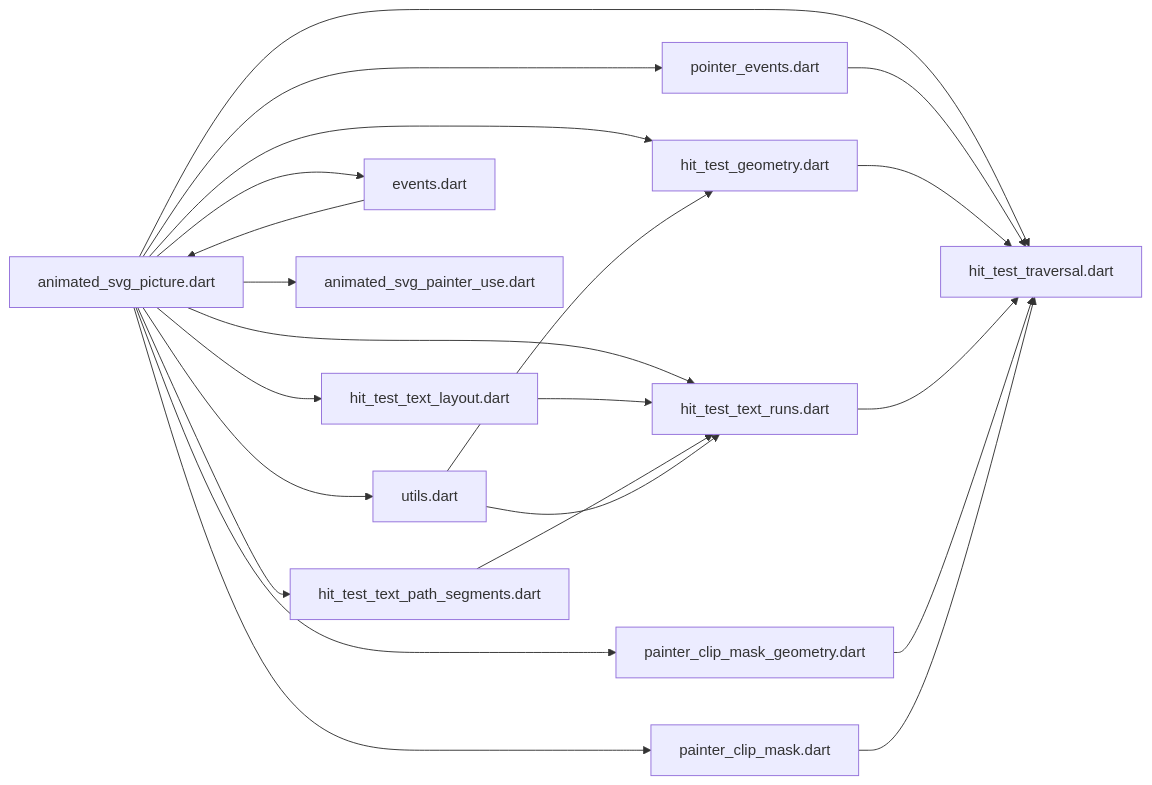
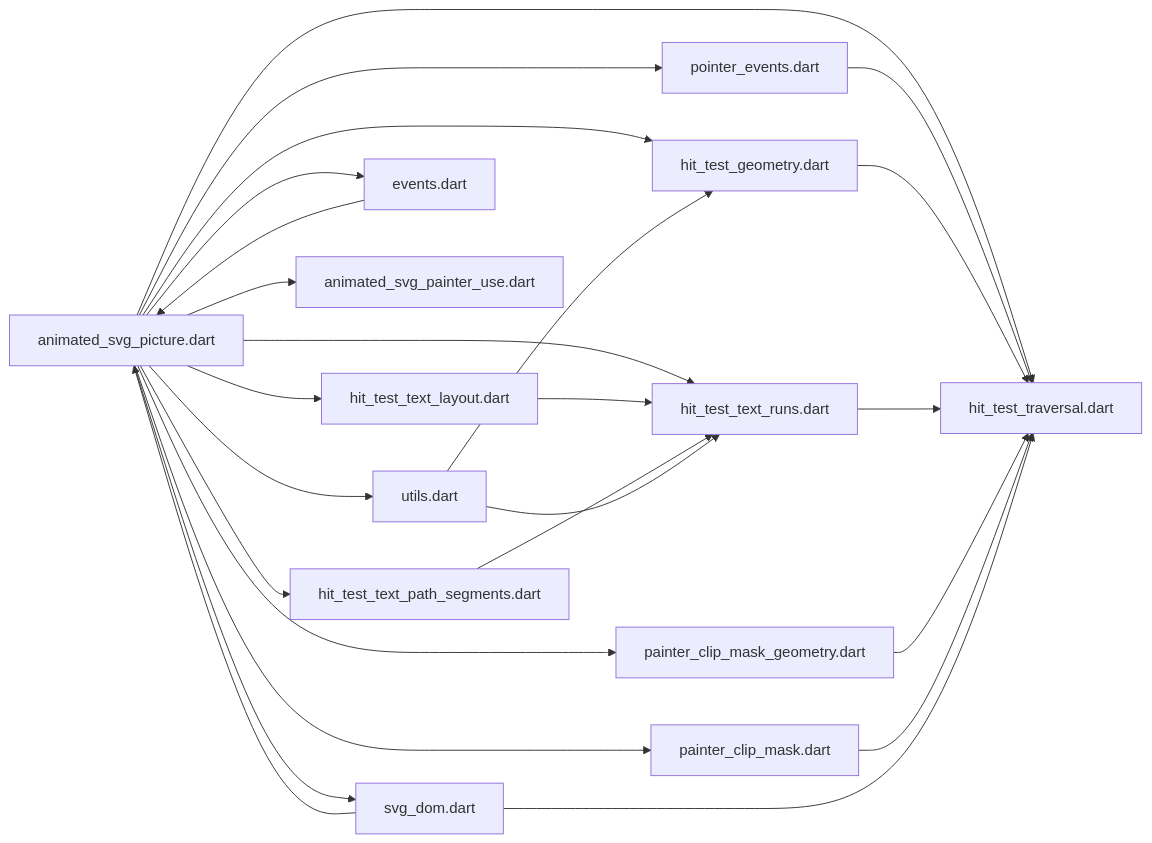
Diagram 15 of 15 in .qoder/repowiki/en/content/Advanced Features/Interactive SVG Elements.md (denisnadey/flutter_full_svg_support), drawn with Mermaid before and after one commit. The commit also changed other lines of this file and 44 other files, not shown here.

````diff
--- a/.qoder/repowiki/en/content/Advanced Features/Interactive SVG Elements.md
+++ b/.qoder/repowiki/en/content/Advanced Features/Interactive SVG Elements.md
@@ -475,24 +668,27 @@
 ```mermaid
 graph LR
 AP["animated_svg_picture.dart"] --> HT["hit_test_traversal.dart"]
 AP --> PE["pointer_events.dart"]
 AP --> HG["hit_test_geometry.dart"]
 AP --> HTR["hit_test_text_runs.dart"]
 AP --> HTL["hit_test_text_layout.dart"]
 AP --> HTPS["hit_test_text_path_segments.dart"]
 AP --> CG["painter_clip_mask_geometry.dart"]
 AP --> MP["painter_clip_mask.dart"]
 AP --> ST["utils.dart"]
 AP --> EV["events.dart"]
 AP --> PU["animated_svg_painter_use.dart"]
+AP --> SD["svg_dom.dart"]
 EV --> AP
 PE --> HT
 HG --> HT
 HTR --> HT
 HTL --> HTR
 HTPS --> HTR
 CG --> HT
 MP --> HT
 ST --> HG
 ST --> HTR
+SD --> HT
+SD --> AP
 ```
````
